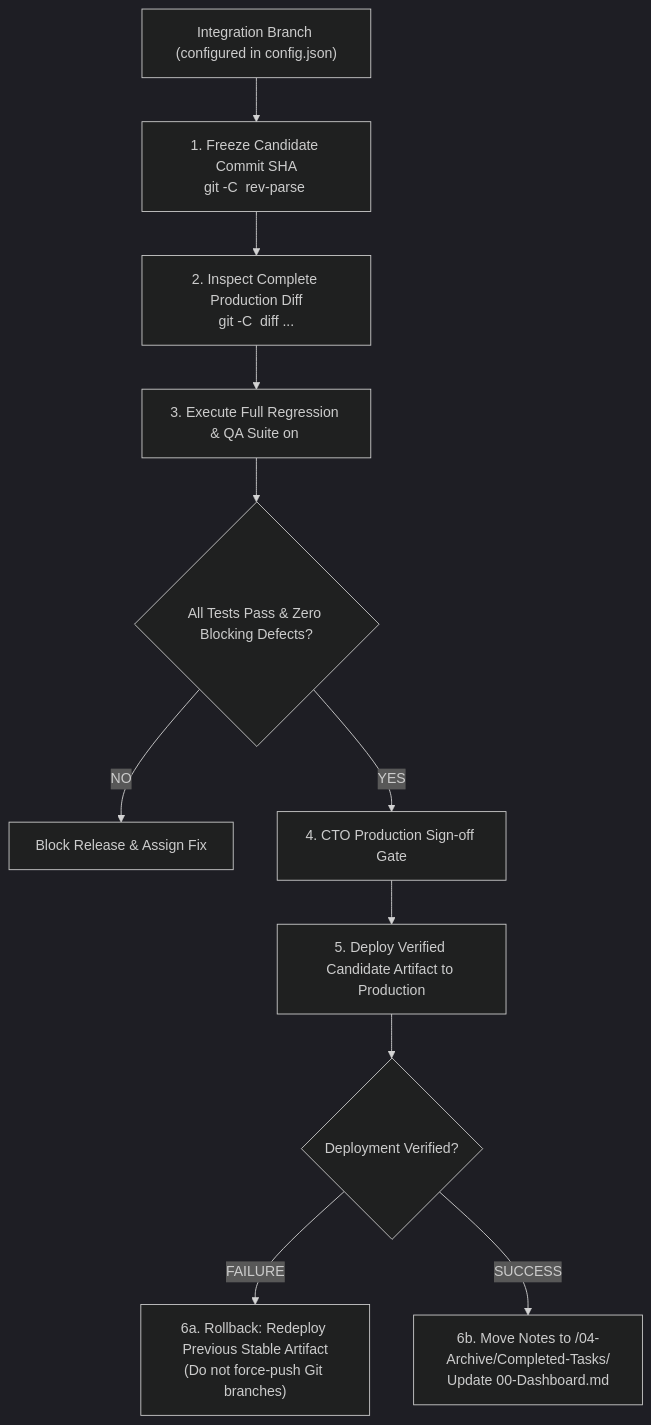
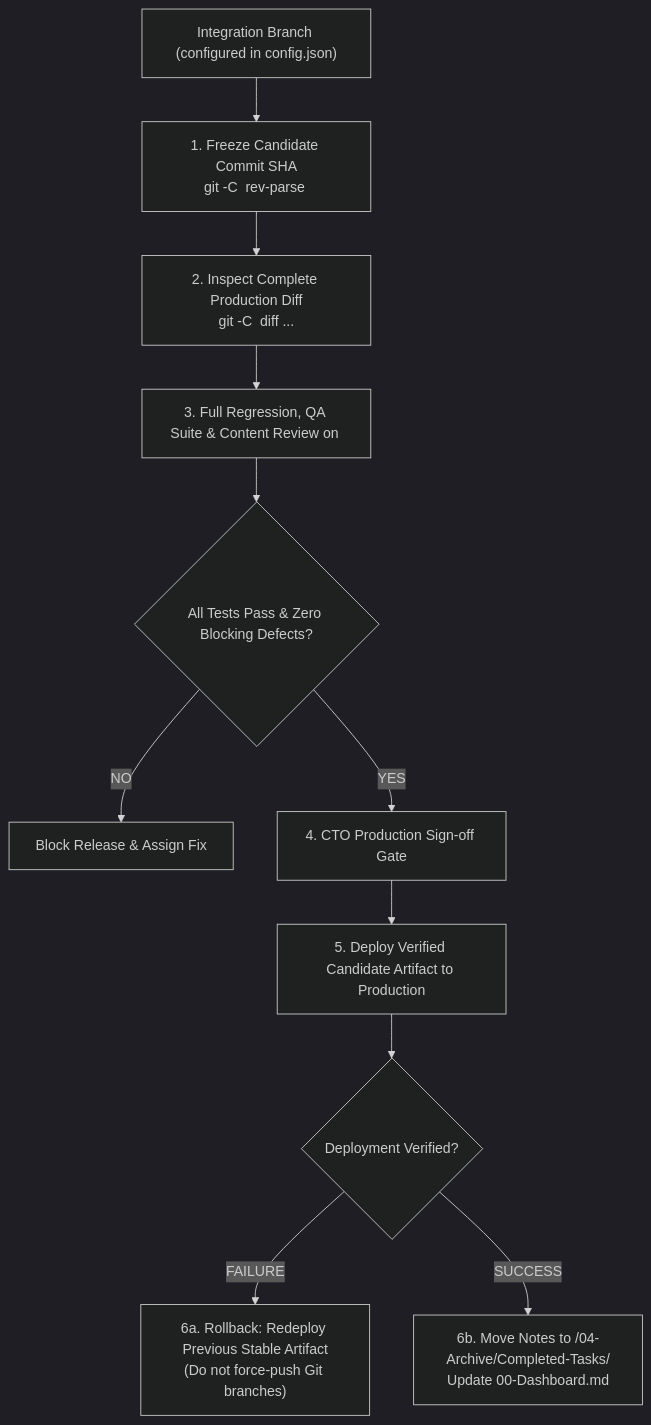
Before and after one commit to Abdukhalil-zoda/it-departament-skill: the diagram in workflows/review-qa-and-release.md, drawn with Mermaid (dark theme). The commit also changed other lines of this file and 27 other files, not shown here.

````diff
--- a/workflows/review-qa-and-release.md
+++ b/workflows/review-qa-and-release.md
@@ -11,13 +11,13 @@
 ```mermaid
 flowchart TD
     INT["Integration Branch (configured in config.json)"] --> FREEZE["1. Freeze Candidate Commit SHA<br/>git -C <repo> rev-parse <integration_branch>"]
     FREEZE --> DIFF["2. Inspect Complete Production Diff<br/>git -C <repo> diff <production_branch>...<candidate-sha>"]
-    DIFF --> TEST["3. Execute Full Regression & QA Suite on <candidate-sha>"]
+    DIFF --> TEST["3. Full Regression, QA Suite & Content Review on <candidate-sha>"]
     TEST --> PASS{"All Tests Pass & Zero Blocking Defects?"}
     PASS -- "NO" --> BLOCK["Block Release & Assign Fix"]
     PASS -- "YES" --> SIGN["4. CTO Production Sign-off Gate"]
     SIGN --> DEPLOY["5. Deploy Verified Candidate Artifact to Production"]
     DEPLOY --> POST{"Deployment Verified?"}
     POST -- "FAILURE" --> ROLLBACK["6a. Rollback: Redeploy Previous Stable Artifact<br/>(Do not force-push Git branches)"]
     POST -- "SUCCESS" --> ARCH["6b. Move Notes to <vault>/04-Archive/Completed-Tasks/<br/>Update 00-Dashboard.md"]
 ```
````
